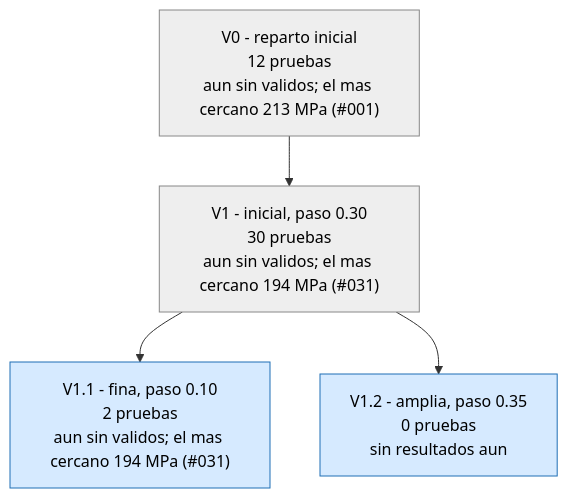
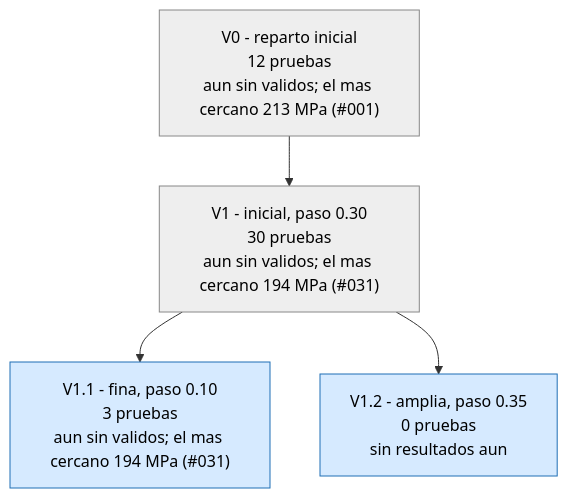
One commit to Hugiko/msd-soporte-optimizacion changed the first of 3 diagrams in runs/opt_37800N/ARBOL.md. Above: the diagram before and after it, drawn with Mermaid. The commit also changed 20 other files, not shown here.

````diff
--- a/runs/opt_37800N/ARBOL.md
+++ b/runs/opt_37800N/ARBOL.md
@@ -9,13 +9,13 @@
 ```mermaid
 graph TD
 classDef activa fill:#d6eaff,stroke:#1f6fb5,color:#000
 classDef fin fill:#eeeeee,stroke:#888,color:#000
 classDef mejor fill:#c8f0c0,stroke:#1a9850,stroke-width:4px,color:#000
 V0["V0 - reparto inicial<br/>12 pruebas<br/>aun sin validos; el mas cercano 213 MPa (#001)"]:::fin
 V1["V1 - inicial, paso 0.30<br/>30 pruebas<br/>aun sin validos; el mas cercano 194 MPa (#031)"]:::fin
 V0 --> V1
-V1_1["V1.1 - fina, paso 0.10<br/>2 pruebas<br/>aun sin validos; el mas cercano 194 MPa (#031)"]:::activa
+V1_1["V1.1 - fina, paso 0.10<br/>3 pruebas<br/>aun sin validos; el mas cercano 194 MPa (#031)"]:::activa
 V1 --> V1_1
 V1_2["V1.2 - amplia, paso 0.35<br/>0 pruebas<br/>sin resultados aun"]:::activa
 V1 --> V1_2
 ```
````
